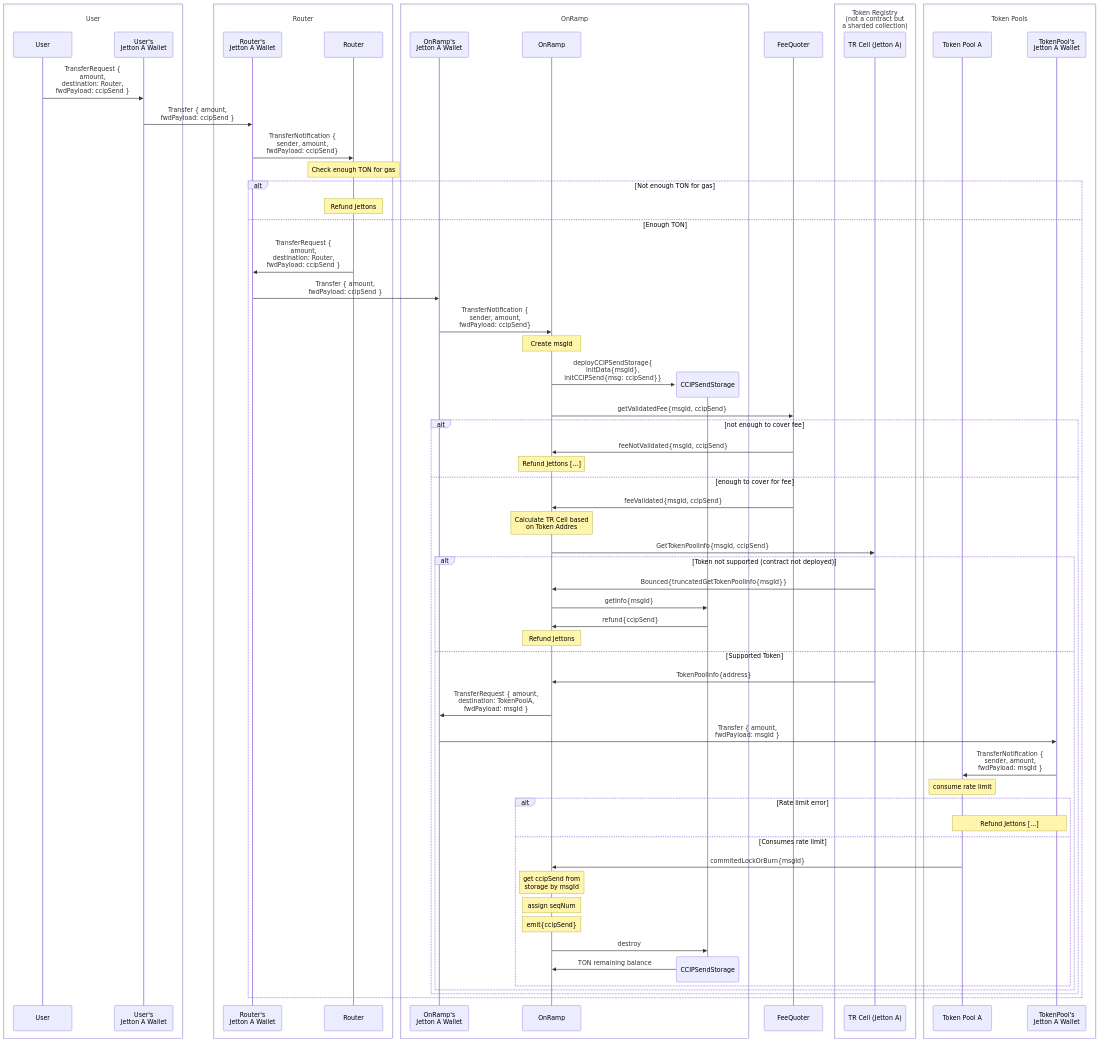
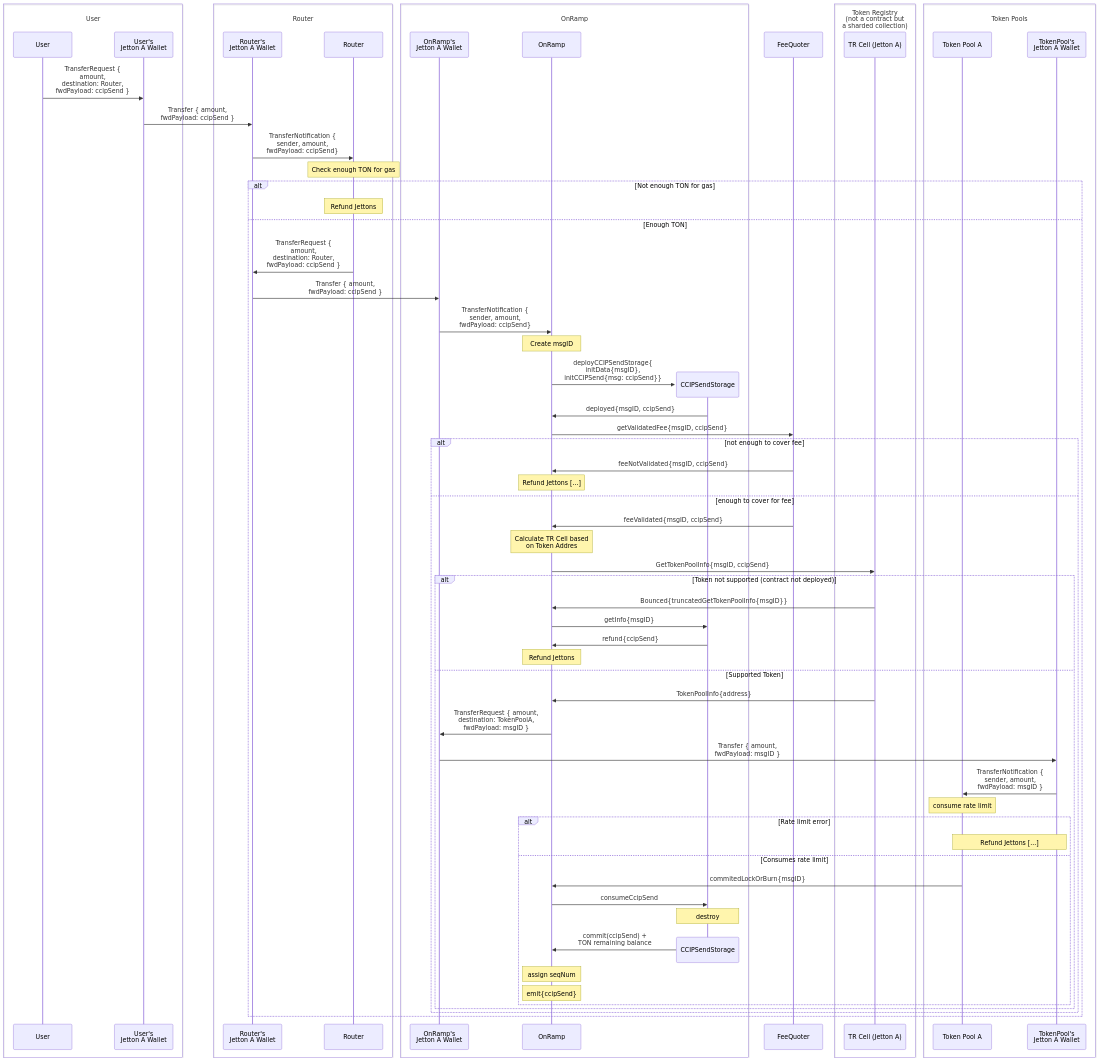
One commit to smartcontractkit/chainlink-ton changed the diagram in docs/contracts/flow.md. Above: the diagram before and after it, drawn with Mermaid.

Commit message:
fix: deploy storage confirmation

```diff
--- a/docs/contracts/flow.md
+++ b/docs/contracts/flow.md
@@ -35,9 +35,10 @@
     RJW ->> ORJW: Transfer { amount,<br>fwdPayload: ccipSend }
     ORJW ->> OR: TransferNotification {<br>sender, amount,<br>fwdPayload: ccipSend}
 
-    Note over OR: Create msgId
+    Note over OR: Create msgID
     create participant CS as CCIPSendStorage
-    OR ->> CS: deployCCIPSendStorage{<br>initData{msgId},<br>initCCIPSend{msg: ccipSend}}
+    OR ->> CS: deployCCIPSendStorage{<br>initData{msgID},<br>initCCIPSend{msg: ccipSend}}
+    CS ->> OR: deployed{msgID, ccipSend}
 
     box OnRamp
     participant ORJW as OnRamp's <br>Jetton A Wallet
@@ -56,43 +57,43 @@
     participant TPJW as TokenPool's <br>Jetton A Wallet
     end
 
-    OR ->> FQ: getValidatedFee{msgId, ccipSend}
+    OR ->> FQ: getValidatedFee{msgID, ccipSend}
 
 
     alt not enough to cover fee
-    FQ ->> OR: feeNotValidated{msgId, ccipSend}
+    FQ ->> OR: feeNotValidated{msgID, ccipSend}
     Note over OR: Refund Jettons [...]
 
     else enough to cover for fee
-    FQ ->> OR: feeValidated{msgId, ccipSend}
+    FQ ->> OR: feeValidated{msgID, ccipSend}
     Note over OR: Calculate TR Cell based<br>on Token Addres
 
-    OR ->> TRC: GetTokenPoolInfo{msgId, ccipSend}
+    OR ->> TRC: GetTokenPoolInfo{msgID, ccipSend}
 
     alt Token not supported (contract not deployed)
-    TRC ->> OR: Bounced{truncatedGetTokenPoolInfo{msgId}}
-    OR ->> CS: getInfo{msgId}
+    TRC ->> OR: Bounced{truncatedGetTokenPoolInfo{msgID}}
+    OR ->> CS: getInfo{msgID}
     CS ->> OR: refund{ccipSend}
     Note over OR: Refund Jettons
     else Supported Token
     TRC ->> OR: TokenPoolInfo{address}
 
-    OR ->> ORJW: TransferRequest { amount,<br>destination: TokenPoolA,<br>fwdPayload: msgId }
+    OR ->> ORJW: TransferRequest { amount,<br>destination: TokenPoolA,<br>fwdPayload: msgID }
     
-    ORJW ->> TPJW: Transfer { amount,<br>fwdPayload: msgId }
-    TPJW ->> TP: TransferNotification {<br>sender, amount,<br>fwdPayload: msgId }
+    ORJW ->> TPJW: Transfer { amount,<br>fwdPayload: msgID }
+    TPJW ->> TP: TransferNotification {<br>sender, amount,<br>fwdPayload: msgID }
     Note over TP: consume rate limit
     alt Rate limit error
     Note over TP, TPJW: Refund Jettons [...]
 
     else Consumes rate limit
-    TP ->> OR: commitedLockOrBurn{msgId}
-    note over OR: get ccipSend from<br>storage by msgId
+    TP ->> OR: commitedLockOrBurn{msgID} 
+    OR ->> CS: consumeCcipSend 
+    Note over CS: destroy
+    destroy CS
+    CS ->> OR: commit(ccipSend) +<br>TON remaining balance
     note over OR: assign seqNum
     note over OR: emit{ccipSend}
-    OR ->> CS: destroy
-    destroy CS
-    CS ->> OR: TON remaining balance
     end
     end
     end
```
